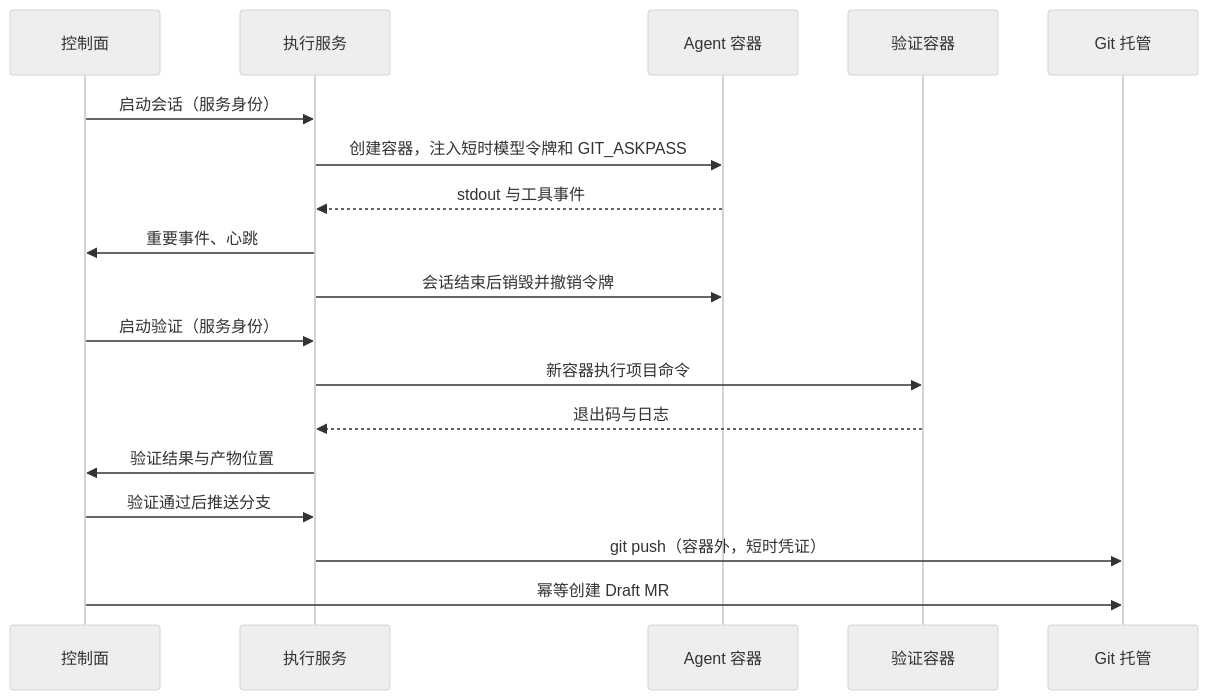
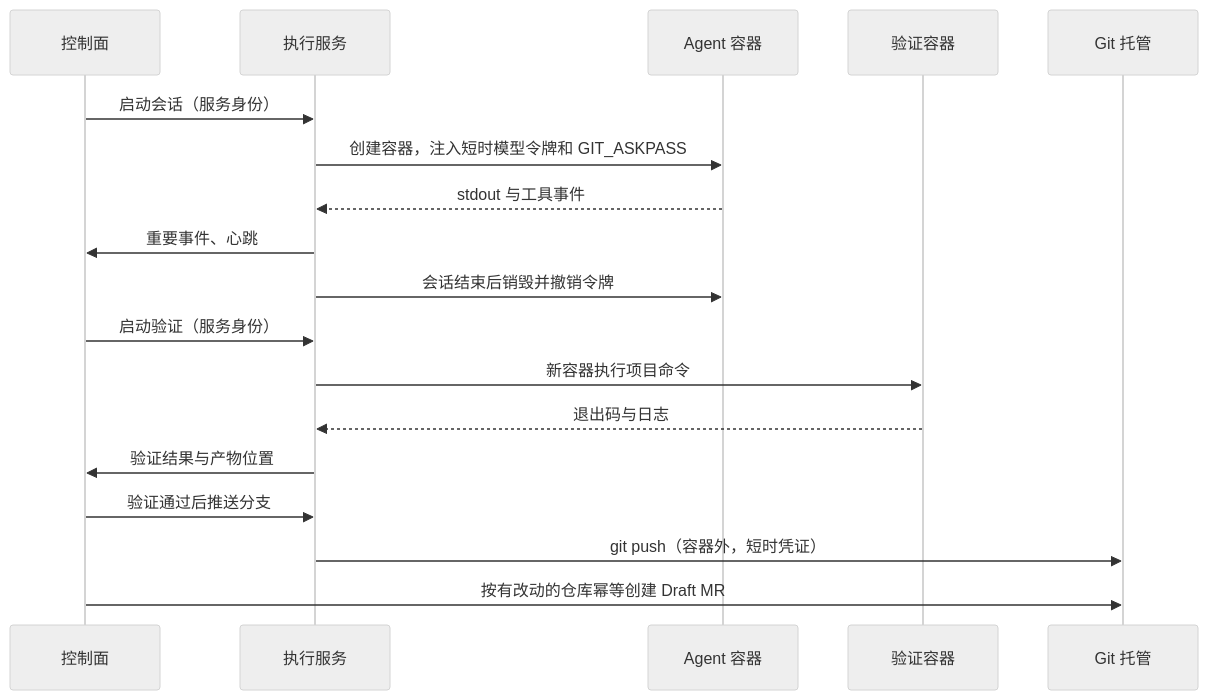
The fifth of 5 diagrams in docs/architecture/system-architecture.md (pfyangf/ForgePilot), drawn with Mermaid (neutral theme) before and after one commit. The commit also changed other lines of this file and 106 other files, not shown here.

````diff
--- a/docs/architecture/system-architecture.md
+++ b/docs/architecture/system-architecture.md
@@ -561,20 +575,20 @@
 ```mermaid
 sequenceDiagram
     participant CP as 控制面
     participant EX as 执行服务
     participant AG as Agent 容器
     participant V as 验证容器
     participant GIT as Git 托管
     CP->>EX: 启动会话（服务身份）
     EX->>AG: 创建容器，注入短时模型令牌和 GIT_ASKPASS
     AG-->>EX: stdout 与工具事件
     EX->>CP: 重要事件、心跳
     EX->>AG: 会话结束后销毁并撤销令牌
     CP->>EX: 启动验证（服务身份）
     EX->>V: 新容器执行项目命令
     V-->>EX: 退出码与日志
     EX->>CP: 验证结果与产物位置
     CP->>EX: 验证通过后推送分支
     EX->>GIT: git push（容器外，短时凭证）
-    CP->>GIT: 幂等创建 Draft MR
+    CP->>GIT: 按有改动的仓库幂等创建 Draft MR
 ```
````
